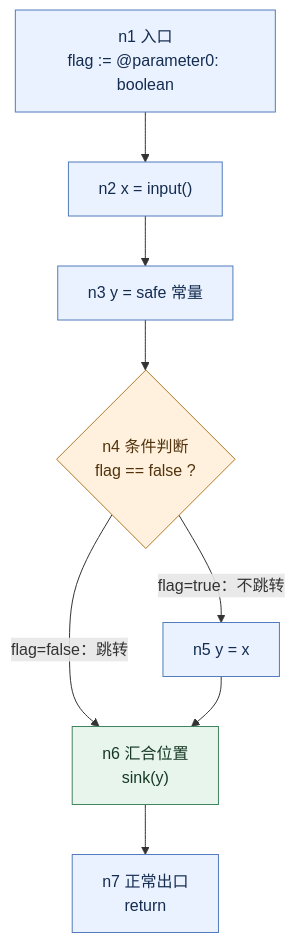
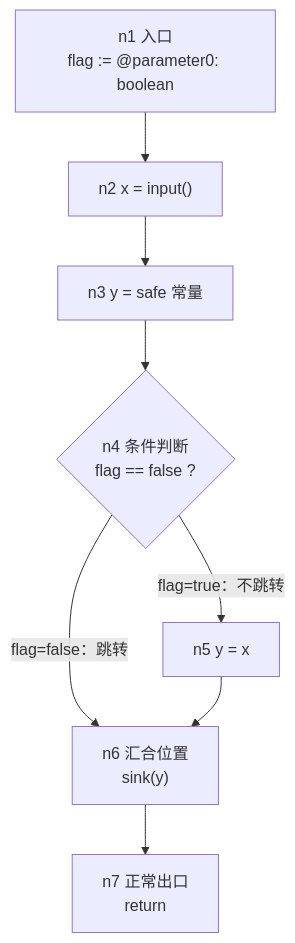
The diagram in src/static-analysis/assets/02-05-jimple-cfg.mmd (Scrates1/Scrates1.github.io), drawn with Mermaid before and after one commit. The commit also changed 70 other files, not shown here.

First line of the commit message:
静态分析系列的图改为暖调蓝图风格，并提供日夜两版。

```diff
--- a/src/static-analysis/assets/02-05-jimple-cfg.mmd
+++ b/src/static-analysis/assets/02-05-jimple-cfg.mmd
@@ -1,18 +1,15 @@
 flowchart TB
     N1["n1 入口<br/>flag := @parameter0: boolean"]
     N2["n2 x = input()"]
     N3["n3 y = safe 常量"]
     N4{"n4 条件判断<br/>flag == false ?"}
     N5["n5 y = x"]
     N6["n6 汇合位置<br/>sink(y)"]
     N7["n7 正常出口<br/>return"]
     N1 --> N2 --> N3 --> N4
     N4 -->|"flag=true：不跳转"| N5
     N4 -->|"flag=false：跳转"| N6
     N5 --> N6 --> N7
-    classDef statement fill:#eaf2ff,stroke:#527bbd,color:#142c50;
-    classDef branch fill:#fff1dd,stroke:#b07829,color:#51330d;
-    classDef merge fill:#e7f5ed,stroke:#40855b,color:#163823;
     class N1,N2,N3,N5,N7 statement;
     class N4 branch;
     class N6 merge;
```
